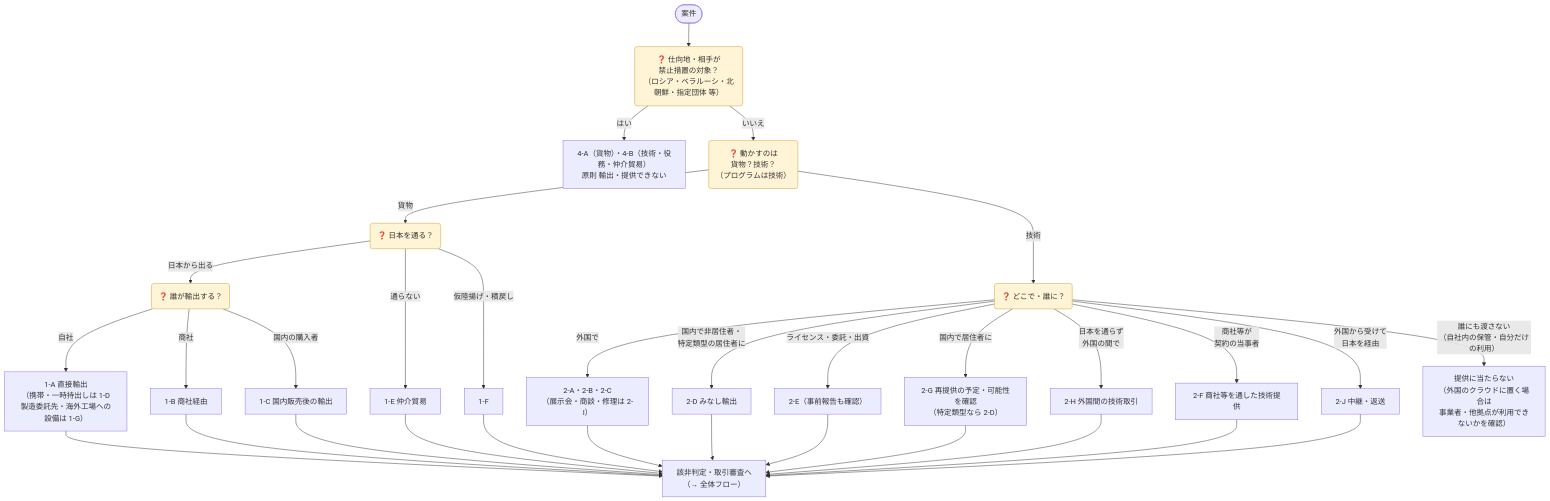
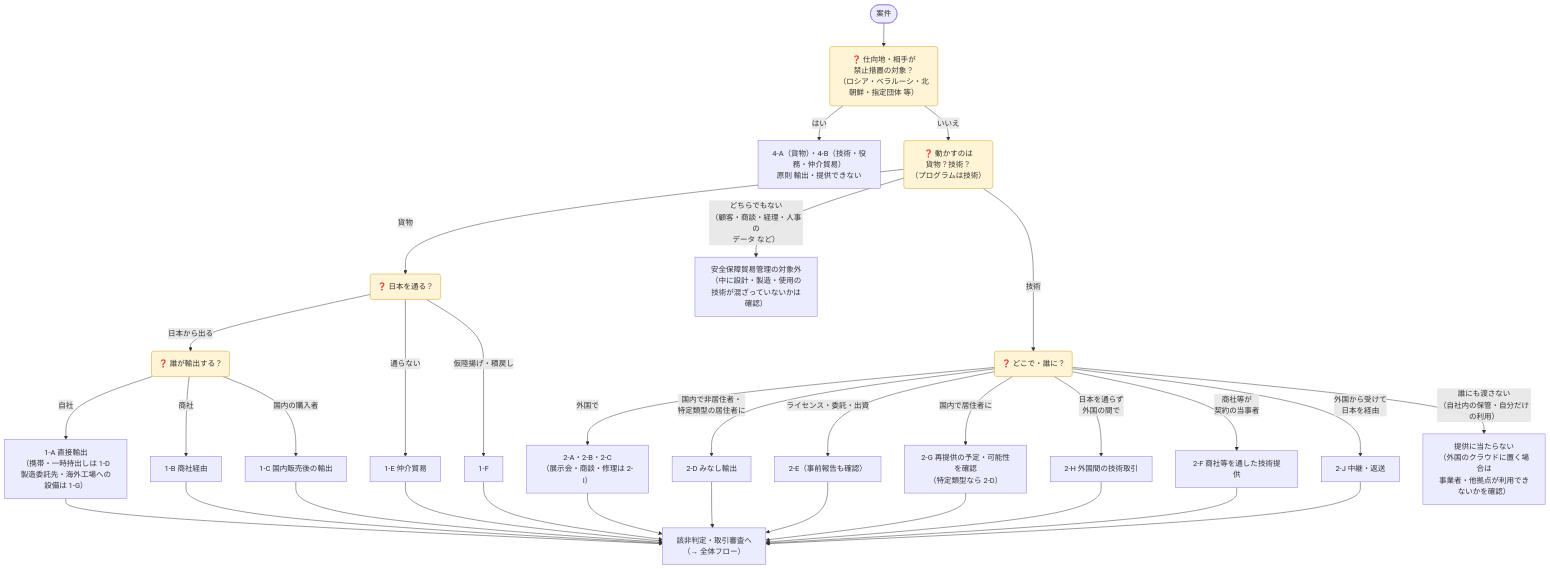
One commit to bamboo-go/export-control-hub changed the second of 3 diagrams in content/ja/docs/01-overview/export-patterns/index.md. Above: the diagram before and after it, drawn with Mermaid. The commit also changed other lines of this file, not shown here.

Commit message:
Route business data that is not technology out of the FEFTA flow

````diff
--- a/content/ja/docs/01-overview/export-patterns/index.md
+++ b/content/ja/docs/01-overview/export-patterns/index.md
@@ -102,25 +102,26 @@
 ```mermaid
 flowchart TD
   S(["案件"]) --> P("❓ 仕向地・相手が<br/>禁止措置の対象？<br/>（ロシア・ベラルーシ・北朝鮮・指定団体 等）")
   P -- はい --> X["4-A（貨物）・4-B（技術・役務・仲介貿易）<br/>原則 輸出・提供できない"]
   P -- いいえ --> O("❓ 動かすのは<br/>貨物？技術？<br/>（プログラムは技術）")
   O -- 貨物 --> W("❓ 日本を通る？")
   W -- 通らない --> E1["1-E 仲介貿易"]
   W -- 仮陸揚げ・積戻し --> F1["1-F"]
   W -- 日本から出る --> H("❓ 誰が輸出する？")
   H -- 自社 --> A1["1-A 直接輸出<br/>（携帯・一時持出しは 1-D<br/>製造委託先・海外工場への設備は 1-G）"]
   H -- 商社 --> B1["1-B 商社経由"]
   H -- 国内の購入者 --> C1["1-C 国内販売後の輸出"]
   O -- 技術 --> T("❓ どこで・誰に？")
+  O -- どちらでもない<br/>（顧客・商談・経理・人事の<br/>データ など） --> N1["安全保障貿易管理の対象外<br/>（中に設計・製造・使用の<br/>技術が混ざっていないかは確認）"]
   T -- 外国で --> T1["2-A・2-B・2-C<br/>（展示会・商談・修理は 2-I）"]
   T -- 国内で非居住者・<br/>特定類型の居住者に --> T2["2-D みなし輸出"]
   T -- ライセンス・委託・出資 --> T3["2-E（事前報告も確認）"]
   T -- 国内で居住者に --> T4["2-G 再提供の予定・可能性を確認<br/>（特定類型なら 2-D）"]
   T -- 商社等が<br/>契約の当事者 --> T6["2-F 商社等を通した技術提供"]
   T -- 日本を通らず<br/>外国の間で --> T5["2-H 外国間の技術取引"]
   T -- 外国から受けて<br/>日本を経由 --> T7["2-J 中継・返送"]
   T -- 誰にも渡さない<br/>（自社内の保管・自分だけの利用） --> T8["提供に当たらない<br/>（外国のクラウドに置く場合は<br/>事業者・他拠点が利用できないかを確認）"]
   A1 & B1 & C1 & E1 & F1 & T1 & T2 & T3 & T4 & T5 & T6 & T7 --> Z["該非判定・取引審査へ<br/>（→ 全体フロー）"]
   classDef q fill:#fff4d6,stroke:#c9a227,color:#333;
   class P,O,W,H,T q;
 ```
````
